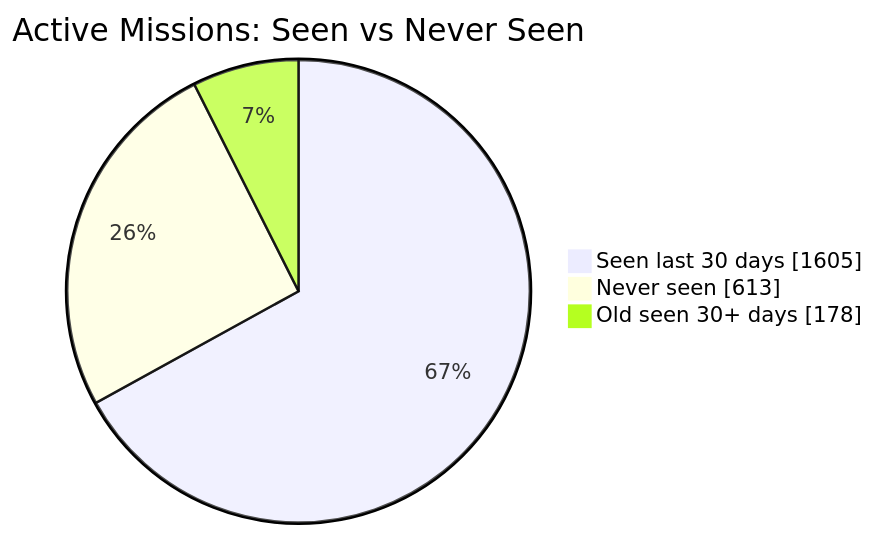
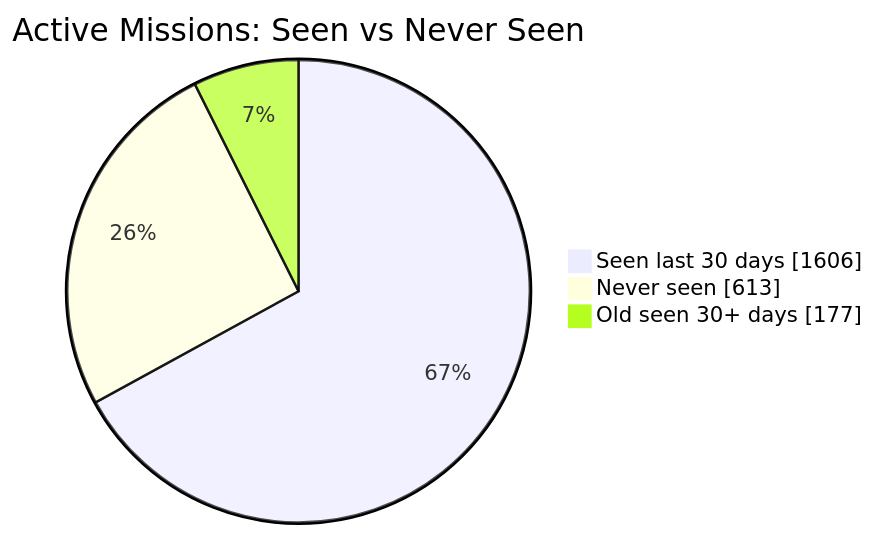
One commit to MeldkamerspelGameTeam/active-missions changed the first of 2 diagrams in README.md. Above: the diagram before and after it, drawn with Mermaid. The commit also changed other lines of this file and 3 other files, not shown here.

````diff
--- a/README.md
+++ b/README.md
@@ -34,7 +34,7 @@
 ```mermaid
 pie showData
     title Active Missions: Seen vs Never Seen
-    "Seen last 30 days" : 1605
+    "Seen last 30 days" : 1606
     "Never seen" : 613
-    "Old seen 30+ days" : 178
+    "Old seen 30+ days" : 177
 ```
````
